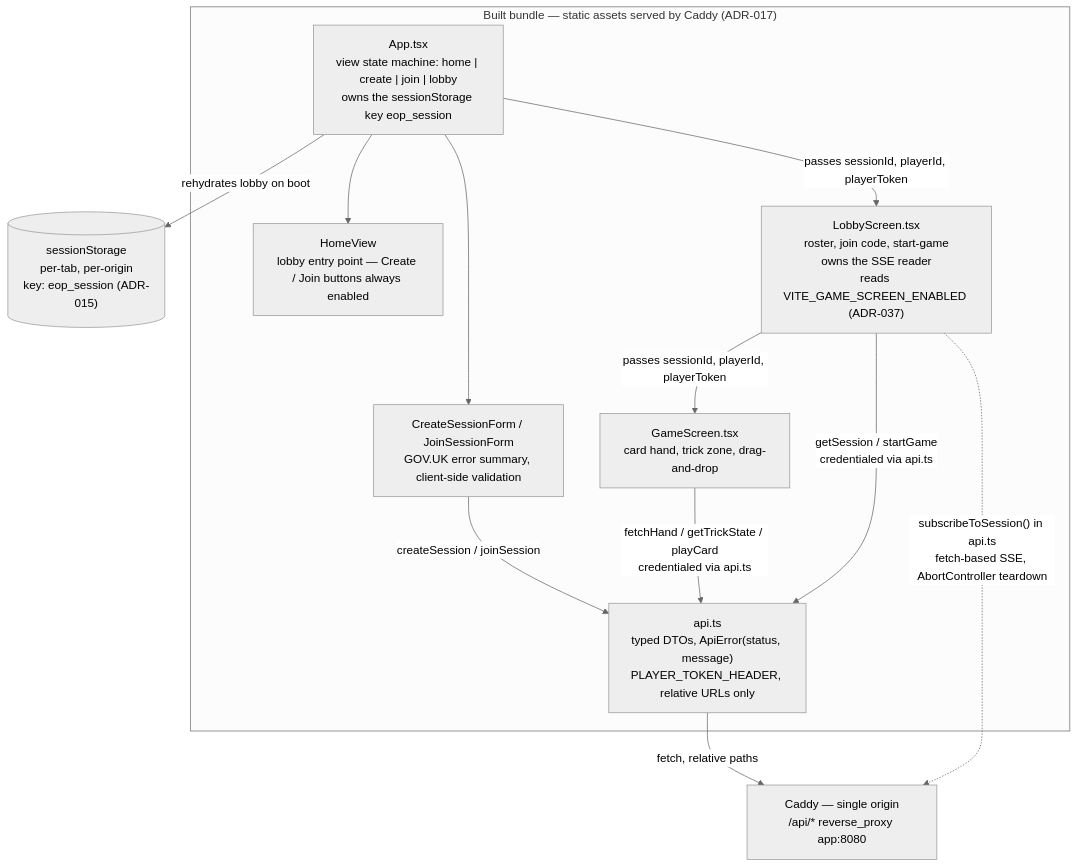
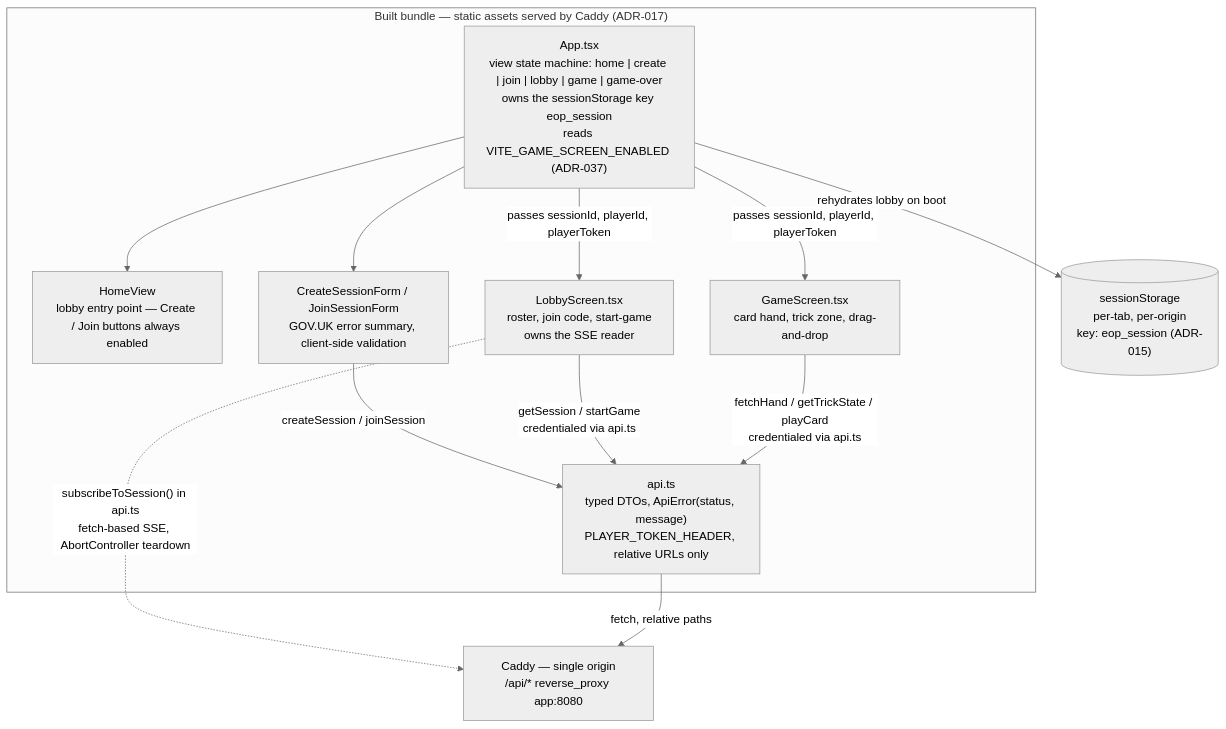
The third of 5 diagrams in docs/architecture/C4-Diagrams.md (maglez/eop-threat-medeling), drawn with Mermaid (neutral theme) before and after one commit. The commit also changed other lines of this file and 1 other file, not shown here.

Commit message:
[EOP-77] fix: correct VITE_GAME_SCREEN_ENABLED attribution to App.tsx in C4-Diagrams; fix stale CHANGELOG EOP-70 entry

````diff
--- a/docs/architecture/C4-Diagrams.md
+++ b/docs/architecture/C4-Diagrams.md
@@ -789,27 +789,27 @@
 ```mermaid
 flowchart TD
     subgraph bundle["Built bundle — static assets served by Caddy (ADR-017)"]
-        APP["App.tsx<br/>view state machine: home | create | join | lobby<br/>owns the sessionStorage key eop_session"]
+        APP["App.tsx<br/>view state machine: home | create | join | lobby | game | game-over<br/>owns the sessionStorage key eop_session<br/>reads VITE_GAME_SCREEN_ENABLED (ADR-037)"]
         HOME["HomeView<br/>lobby entry point — Create / Join buttons always enabled"]
         FORMS["CreateSessionForm / JoinSessionForm<br/>GOV.UK error summary, client-side validation"]
-        LOBBY["LobbyScreen.tsx<br/>roster, join code, start-game<br/>owns the SSE reader<br/>reads VITE_GAME_SCREEN_ENABLED (ADR-037)"]
+        LOBBY["LobbyScreen.tsx<br/>roster, join code, start-game<br/>owns the SSE reader"]
         GAME["GameScreen.tsx<br/>card hand, trick zone, drag-and-drop"]
         API["api.ts<br/>typed DTOs, ApiError(status, message)<br/>PLAYER_TOKEN_HEADER, relative URLs only"]
     end
 
     SS[("sessionStorage<br/>per-tab, per-origin<br/>key: eop_session (ADR-015)")]
     CADDY["Caddy — single origin<br/>/api/* reverse_proxy app:8080"]
 
     APP -->|"rehydrates lobby on boot"| SS
     APP --> HOME
     APP --> FORMS
     APP -->|"passes sessionId, playerId, playerToken"| LOBBY
-    LOBBY -->|"passes sessionId, playerId, playerToken"| GAME
+    APP -->|"passes sessionId, playerId, playerToken"| GAME
 
     FORMS -->|"createSession / joinSession"| API
     LOBBY -->|"getSession / startGame<br/>credentialed via api.ts"| API
     LOBBY -.->|"subscribeToSession() in api.ts<br/>fetch-based SSE, AbortController teardown"| CADDY
     GAME -->|"fetchHand / getTrickState / playCard<br/>credentialed via api.ts"| API
 
     API -->|"fetch, relative paths"| CADDY
 ```
````
